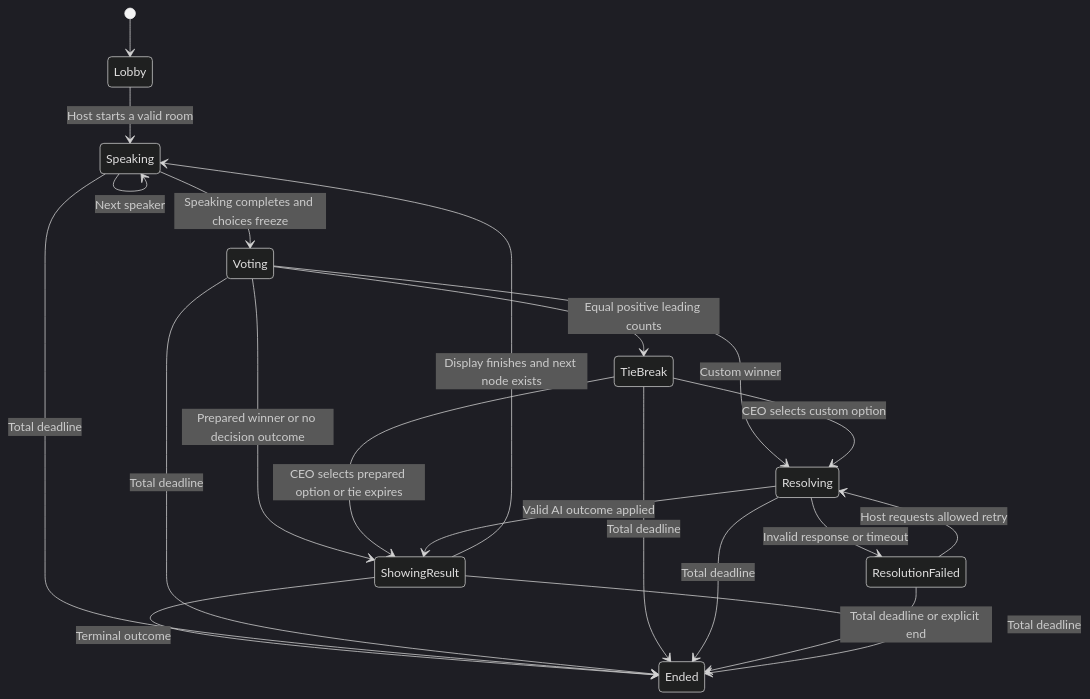
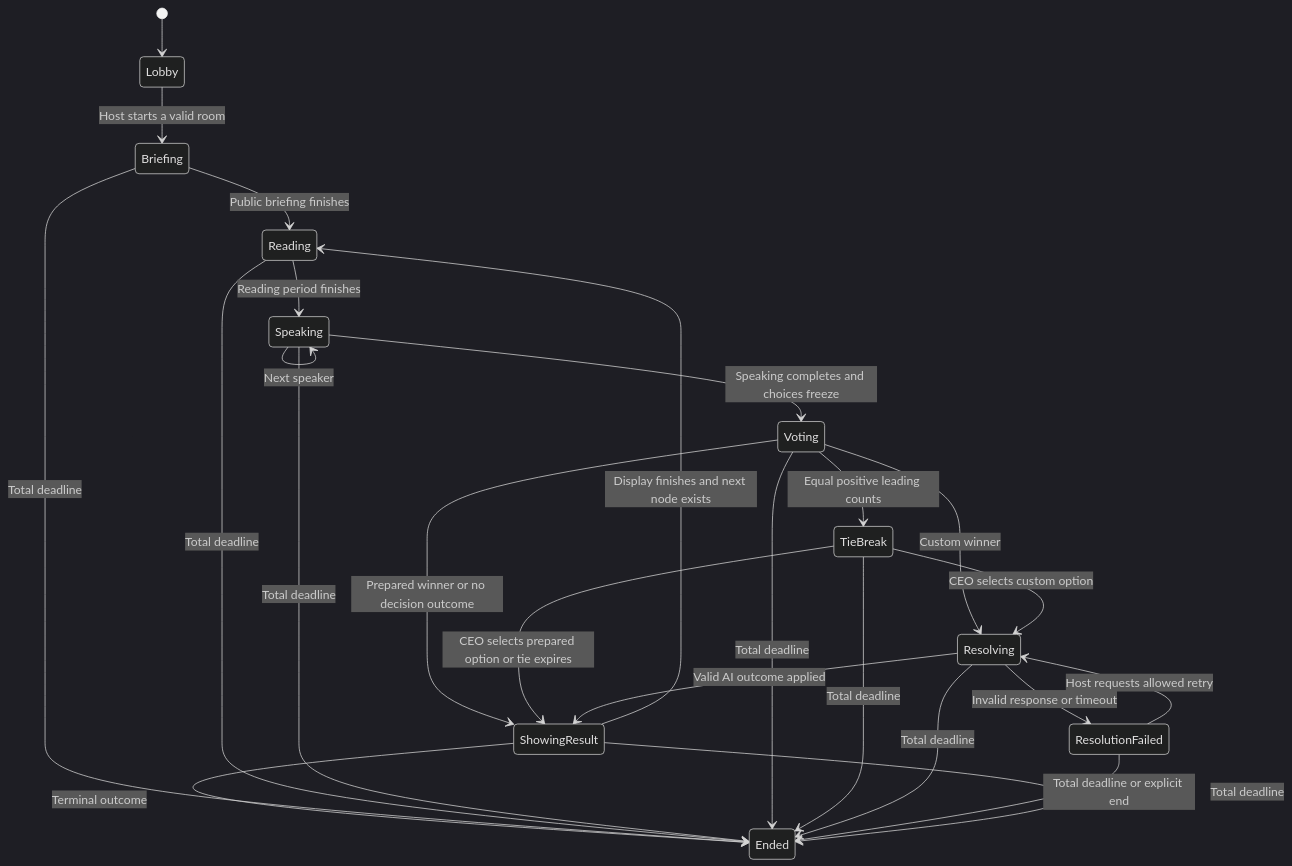
The diagram in docs/backend-architecture.md (jeefwashere/BoardroomCrisisSimulator), drawn with Mermaid (dark theme) before and after one commit. The commit also changed other lines of this file and 9 other files, not shown here.

````diff
--- a/docs/backend-architecture.md
+++ b/docs/backend-architecture.md
@@ -131,23 +133,27 @@
 ```mermaid
 stateDiagram-v2
     [*] --> Lobby
-    Lobby --> Speaking: Host starts a valid room
+    Lobby --> Briefing: Host starts a valid room
+    Briefing --> Reading: Public briefing finishes
+    Reading --> Speaking: Reading period finishes
     Speaking --> Speaking: Next speaker
     Speaking --> Voting: Speaking completes and choices freeze
     Voting --> TieBreak: Equal positive leading counts
     Voting --> ShowingResult: Prepared winner or no decision outcome
     Voting --> Resolving: Custom winner
     TieBreak --> ShowingResult: CEO selects prepared option or tie expires
     TieBreak --> Resolving: CEO selects custom option
     Resolving --> ShowingResult: Valid AI outcome applied
     Resolving --> ResolutionFailed: Invalid response or timeout
     ResolutionFailed --> Resolving: Host requests allowed retry
-    ShowingResult --> Speaking: Display finishes and next node exists
+    ShowingResult --> Reading: Display finishes and next node exists
     ShowingResult --> Ended: Terminal outcome
+    Briefing --> Ended: Total deadline
+    Reading --> Ended: Total deadline
     Speaking --> Ended: Total deadline
     Voting --> Ended: Total deadline
     TieBreak --> Ended: Total deadline
     Resolving --> Ended: Total deadline
     ResolutionFailed --> Ended: Total deadline or explicit end
     ShowingResult --> Ended: Total deadline
 ```
````
